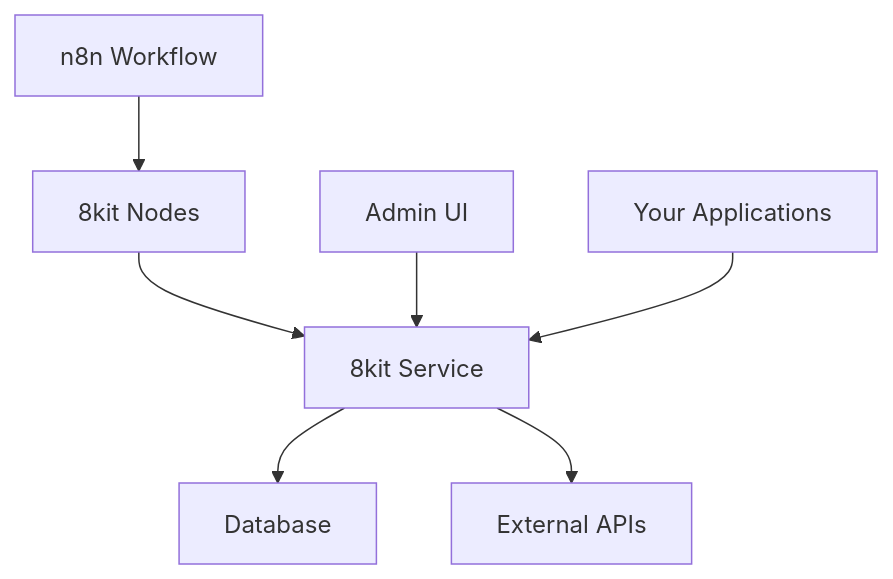
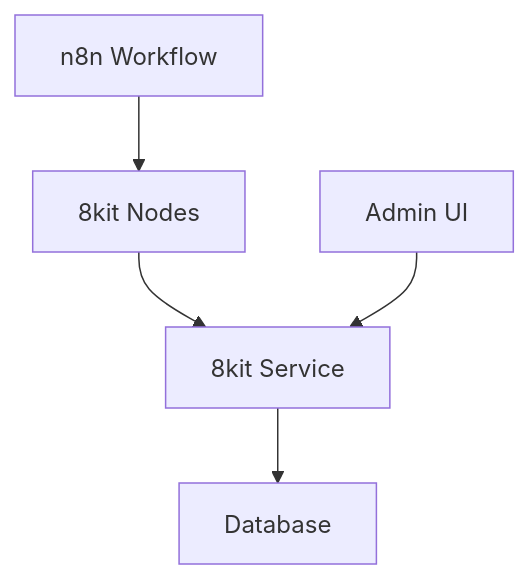
One commit to 8kit-io/.github changed the diagram in profile/README.md. Above: the diagram before and after it, drawn with Mermaid.

````diff
--- a/profile/README.md
+++ b/profile/README.md
@@ -115,9 +115,7 @@
 ```mermaid
 graph TB
     A[n8n Workflow] --> B[8kit Nodes]
     B --> C[8kit Service]
     C --> D[Database]
-    C --> E[External APIs]
     F[Admin UI] --> C
-    G[Your Applications] --> C
 ```
````
